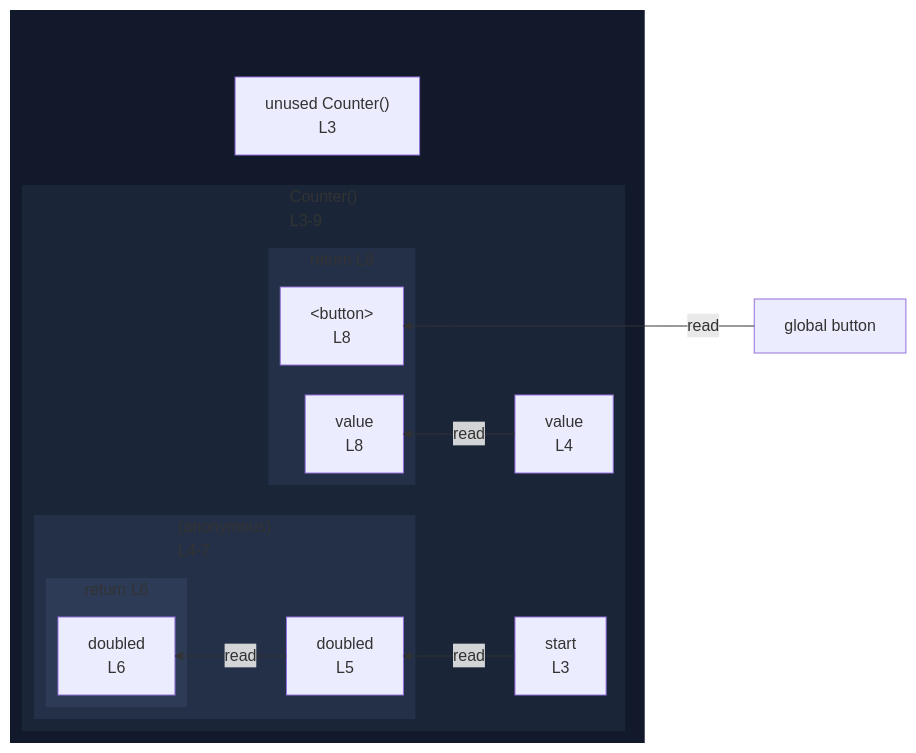
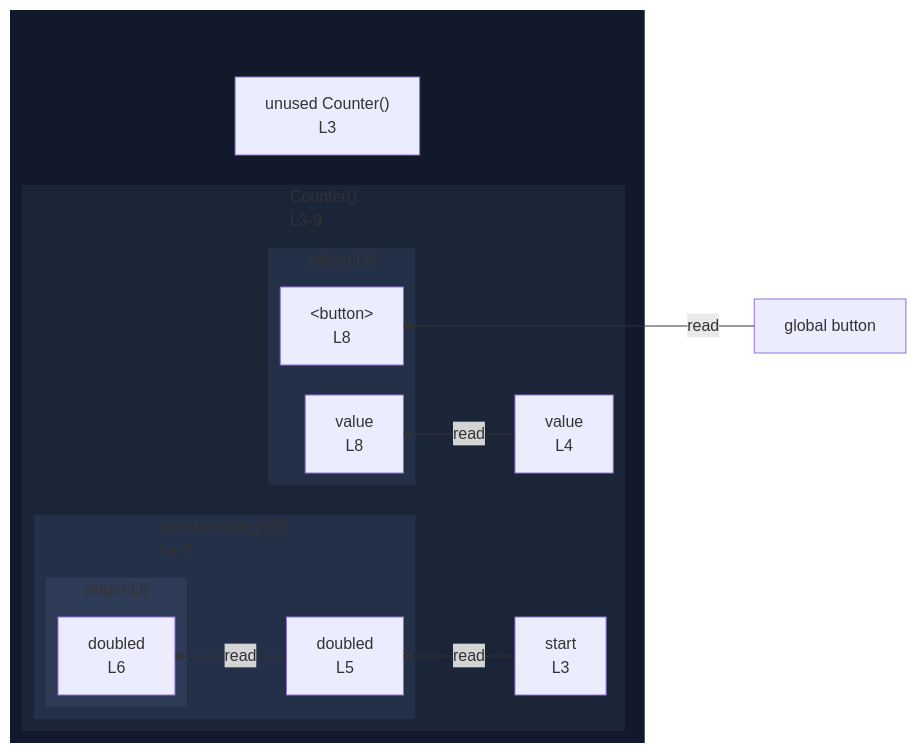
One commit to crescware/unsnarl changed the diagram in integration/fixtures/app-behavior/plugin/react/use-memo/plugin-react/preview.md. Above: the diagram before and after it, drawn with Mermaid. The commit also changed 71 other files, not shown here.

````diff
--- a/integration/fixtures/app-behavior/plugin/react/use-memo/plugin-react/preview.md
+++ b/integration/fixtures/app-behavior/plugin/react/use-memo/plugin-react/preview.md
@@ -19,40 +19,40 @@
 ```mermaid
 %%{init: {"flowchart": {"defaultRenderer": "elk"}}}%%
 flowchart RL
   n_scope_0_button_194["global button"]
   subgraph wrap_s_scope_1[" "]
     direction TB
     n_scope_0_Counter_40["unused Counter()<br/>L3"]
     subgraph s_scope_1["Counter()<br/>L3-9"]
       direction RL
       n_scope_1_start_53["start<br/>L3"]
       n_scope_1_value_94["value<br/>L4"]
-      subgraph s_scope_2["(anonymous)<br/>L4-7"]
+      subgraph s_scope_2["useMemo(args[0])<br/>L4-7"]
         direction RL
         n_scope_2_doubled_128["doubled<br/>L5"]
         subgraph s_return_scope_0_Counter_40_153_168["return L6"]
           direction RL
           ret_use_ref_5["doubled<br/>L6"]
         end
       end
       subgraph s_return_scope_0_Counter_40_186_218["return L8"]
         direction RL
         ret_use_ref_7["&lt;button&gt;<br/>L8"]
         ret_use_ref_8["value<br/>L8"]
       end
     end
   end
   n_scope_1_start_53 -->|read| n_scope_2_doubled_128
   n_scope_2_doubled_128 -->|read| ret_use_ref_5
   n_scope_0_button_194 -->|read| ret_use_ref_7
   n_scope_1_value_94 -->|read| ret_use_ref_8
   classDef nestL1 fill:#11192a,stroke:transparent;
   class wrap_s_scope_1 nestL1;
   classDef nestL2 fill:#1a2538,stroke:transparent;
   class s_scope_1 nestL2;
   classDef nestL3 fill:#243047,stroke:transparent;
   class s_scope_2 nestL3;
   class s_return_scope_0_Counter_40_186_218 nestL3;
   classDef nestL4 fill:#2d3b57,stroke:transparent;
   class s_return_scope_0_Counter_40_153_168 nestL4;
 ```
````
